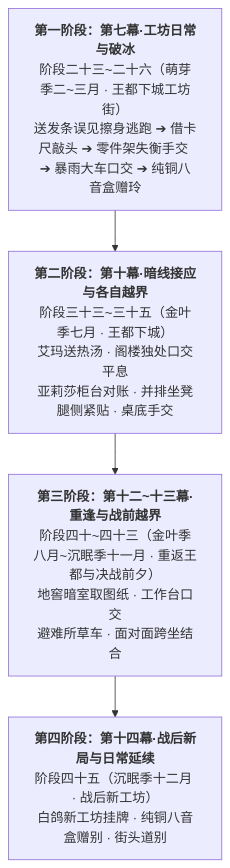
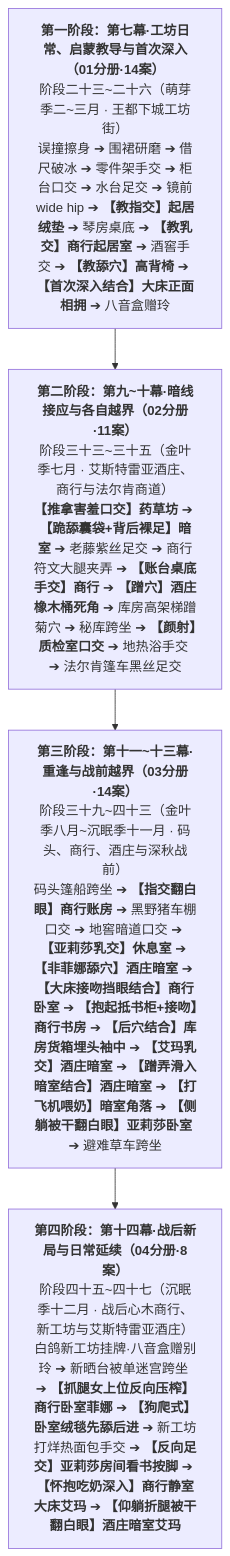
Before and after one commit to soranokiseki1437/eldoria-worldbook: the diagram in 方案/第二部/科林NSFW/00_科林主线剧情分布与全员关系线总纲.md, drawn with Mermaid. The commit also changed other lines of this file and 25 other files, not shown here.

````diff
--- a/方案/第二部/科林NSFW/00_科林主线剧情分布与全员关系线总纲.md
+++ b/方案/第二部/科林NSFW/00_科林主线剧情分布与全员关系线总纲.md
@@ -12,7 +13,7 @@
 ```mermaid
 graph TD
-    A["<b>第一阶段：第七幕·工坊日常与破冰</b><br/>阶段二十三~二十六（萌芽季二~三月 · 王都下城工坊街）<br/>送发条误见擦身逃跑 ➔ 借卡尺敲头 ➔ 零件架失衡手交 ➔ 暴雨大车口交 ➔ 纯铜八音盒赠玲"]
-    --> B["<b>第二阶段：第十幕·暗线接应与各自越界</b><br/>阶段三十三~三十五（金叶季七月 · 王都下城）<br/>艾玛送热汤 · 阁楼独处口交平息<br/>亚莉莎柜台对账 · 并排坐凳腿侧紧贴 · 桌底手交"]
-    --> C["<b>第三阶段：第十二~十三幕·重逢与战前越界</b><br/>阶段四十~四十三（金叶季八月~沉眠季十一月 · 重返王都与决战前夕）<br/>地窖暗室取图纸 · 工作台口交<br/>避难所草车 · 面对面跨坐结合"]
-    --> D["<b>第四阶段：第十四幕·战后新局与日常延续</b><br/>阶段四十五（沉眠季十二月 · 战后新工坊）<br/>白鸽新工坊挂牌 · 纯铜八音盒赠别 · 街头道别"]
+    A["<b>第一阶段：第七幕·工坊日常、启蒙教导与首次深入（01分册·14案）</b><br/>阶段二十三~二十六（萌芽季二~三月 · 王都下城工坊街）<br/>误撞擦身 ➔ 围裙研磨 ➔ 借尺破冰 ➔ 零件架手交 ➔ 柜台口交 ➔ 水台足交 ➔ 镜前wide hip ➔ <b>【教指交】起居绒垫</b> ➔ 琴房桌底 ➔ <b>【教乳交】商行起居室</b> ➔ 酒窖手交 ➔ <b>【教舔穴】高背椅</b> ➔ <b>【首次深入结合】大床正面相拥</b> ➔ 八音盒赠玲"]
+    --> B["<b>第二阶段：第九~十幕·暗线接应与各自越界（02分册·11案）</b><br/>阶段三十三~三十五（金叶季七月 · 艾斯特雷亚酒庄、商行与法尔肯商道）<br/><b>【推拿害羞口交】药草坊</b> ➔ <b>【跪舔囊袋+背后裸足】暗室</b> ➔ 老藤紫丝足交 ➔ 商行符文大腿夹弄 ➔ <b>【账台桌底手交】商行</b> ➔ <b>【蹭穴】酒庄橡木桶死角</b> ➔ 库房高架梯蹭菊穴 ➔ 秘库跨坐 ➔ <b>【颜射】质检室口交</b> ➔ 地热浴手交 ➔ 法尔肯篷车黑丝足交"]
+    --> C["<b>第三阶段：第十一~十三幕·重逢与战前越界（03分册·14案）</b><br/>阶段三十九~四十三（金叶季八月~沉眠季十一月 · 码头、商行、酒庄与深秋战前）<br/>码头篷船跨坐 ➔ <b>【指交翻白眼】商行账房</b> ➔ 黑野猪车棚口交 ➔ 地窖暗道口交 ➔ <b>【亚莉莎乳交】休息室</b> ➔ <b>【非菲娜舔穴】酒庄暗室</b> ➔ <b>【大床接吻挡眼结合】商行卧室</b> ➔ <b>【抱起抵书柜+接吻】商行书房</b> ➔ <b>【后穴结合】库房货箱埋头袖中</b> ➔ <b>【艾玛乳交】酒庄暗室</b> ➔ <b>【蹭弄滑入暗室结合】酒庄暗室</b> ➔ <b>【打飞机喂奶】暗室角落</b> ➔ <b>【侧躺被干翻白眼】亚莉莎卧室</b> ➔ 避难草车跨坐"]
+    --> D["<b>第四阶段：第十四幕·战后新局与日常延续（04分册·8案）</b><br/>阶段四十五~四十七（沉眠季十二月 · 战后心木商行、新工坊与艾斯特雷亚酒庄）<br/>白鸽新工坊挂牌·八音盒赠别玲 ➔ 新晒台被单迷宫跨坐 ➔ <b>【抓腿女上位反向压榨】商行卧室菲娜</b> ➔ <b>【狗爬式】卧室绒毯先舔后进</b> ➔ 新工坊打烊热面包手交 ➔ <b>【反向足交】亚莉莎房间看书按脚</b> ➔ <b>【怀抱吃奶深入】商行静室大床艾玛</b> ➔ <b>【仰躺折腿被干翻白眼】酒庄暗室艾玛</b>"]
 ```
````
